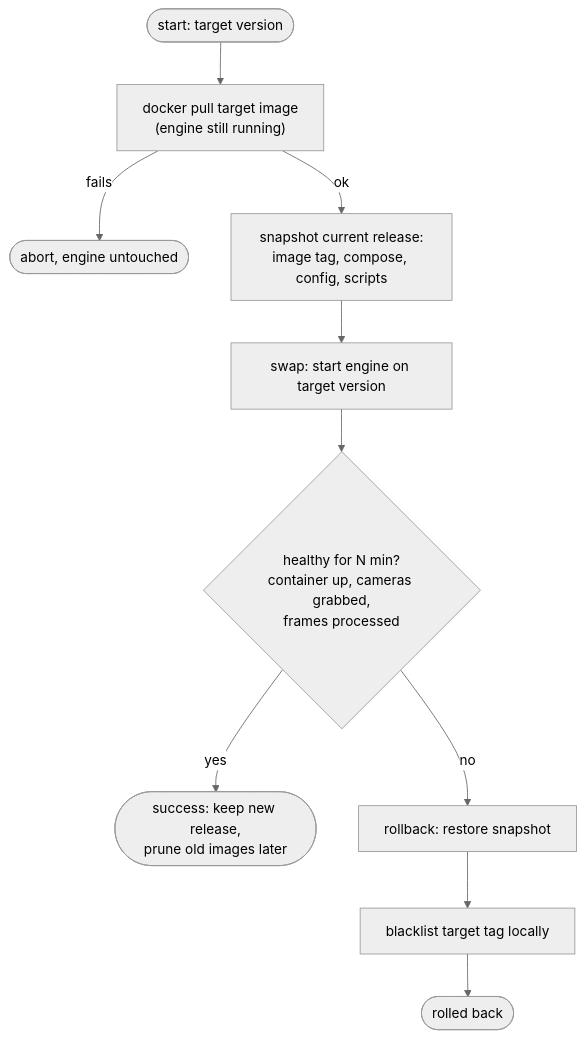
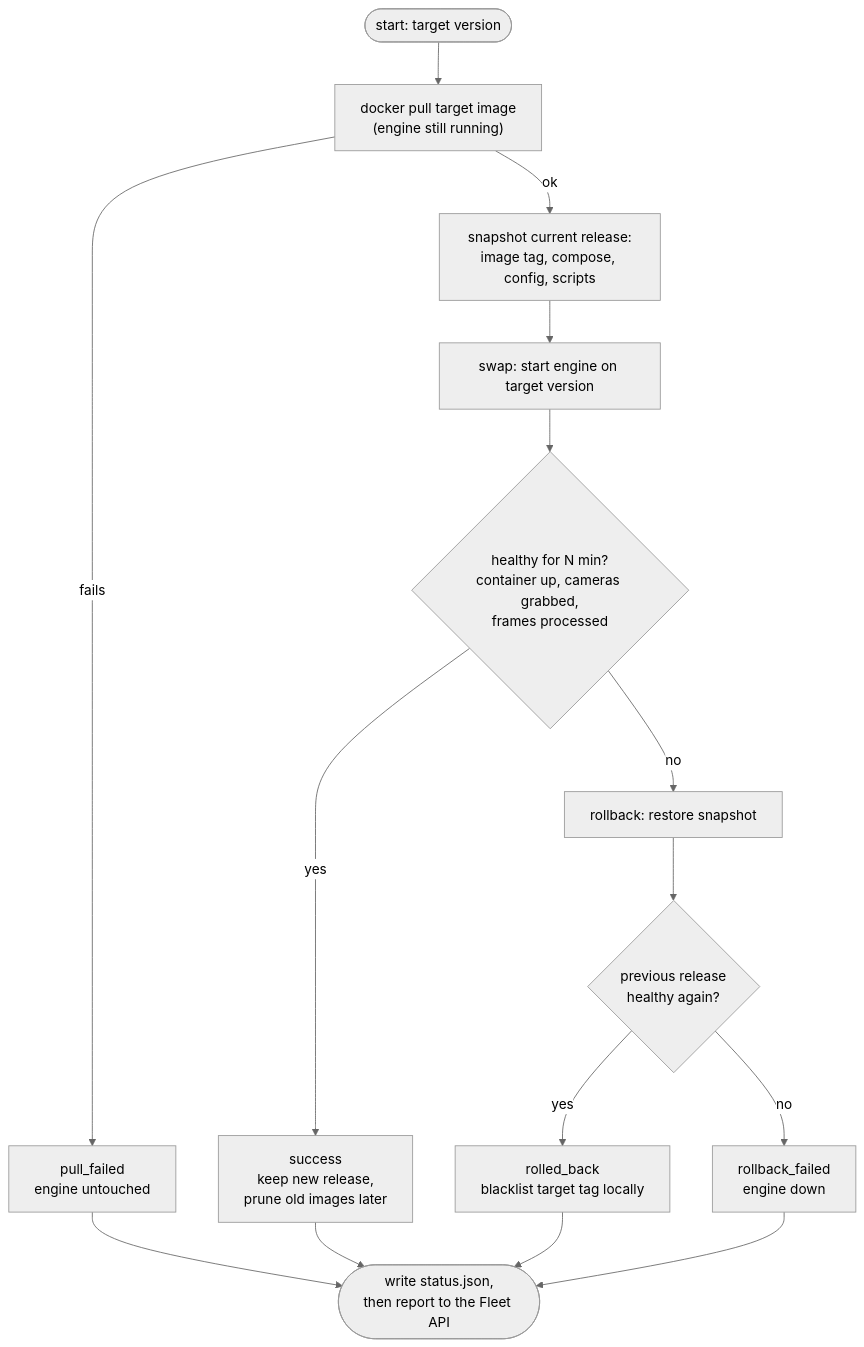
One commit to pyronear/pi-manager-template changed the sixth of 12 diagrams in docs/ADR/fleet-api.md. Above: the diagram before and after it, drawn with Mermaid (neutral theme). The commit also changed other lines of this file, not shown here.

First line of the commit message:
docs(adr): Pi reports each update result back to the Fleet API

````diff
--- a/docs/ADR/fleet-api.md
+++ b/docs/ADR/fleet-api.md
@@ -201,12 +204,17 @@
 ```mermaid
 flowchart TD
     S([start: target version]) --> P["docker pull target image<br/>(engine still running)"]
-    P -- fails --> X1(["abort, engine untouched"])
+    P -- fails --> X1["pull_failed<br/>engine untouched"]
     P -- ok --> SNAP["snapshot current release:<br/>image tag, compose, config, scripts"]
     SNAP --> SW["swap: start engine on target version"]
     SW --> HC{"healthy for N min?<br/>container up, cameras grabbed,<br/>frames processed"}
-    HC -- yes --> OK(["success: keep new release,<br/>prune old images later"])
+    HC -- yes --> OK["success<br/>keep new release,<br/>prune old images later"]
     HC -- no --> RB["rollback: restore snapshot"]
-    RB --> BL["blacklist target tag locally"]
-    BL --> KO(["rolled back"])
+    RB --> HC2{"previous release<br/>healthy again?"}
+    HC2 -- yes --> BL["rolled_back<br/>blacklist target tag locally"]
+    HC2 -- no --> RF["rollback_failed<br/>engine down"]
+    X1 --> REP(["write status.json,<br/>then report to the Fleet API"])
+    OK --> REP
+    BL --> REP
+    RF --> REP
 ```
````
